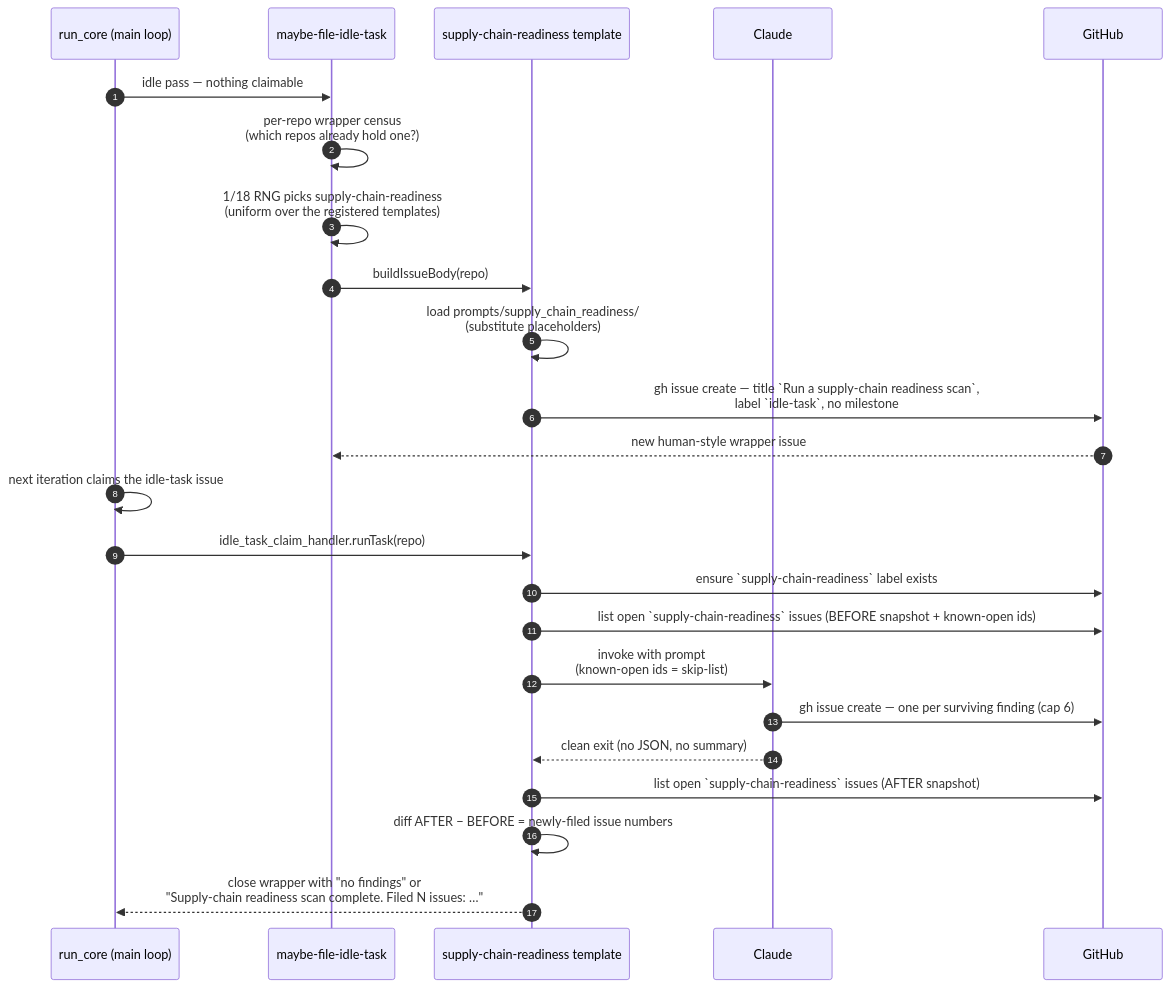
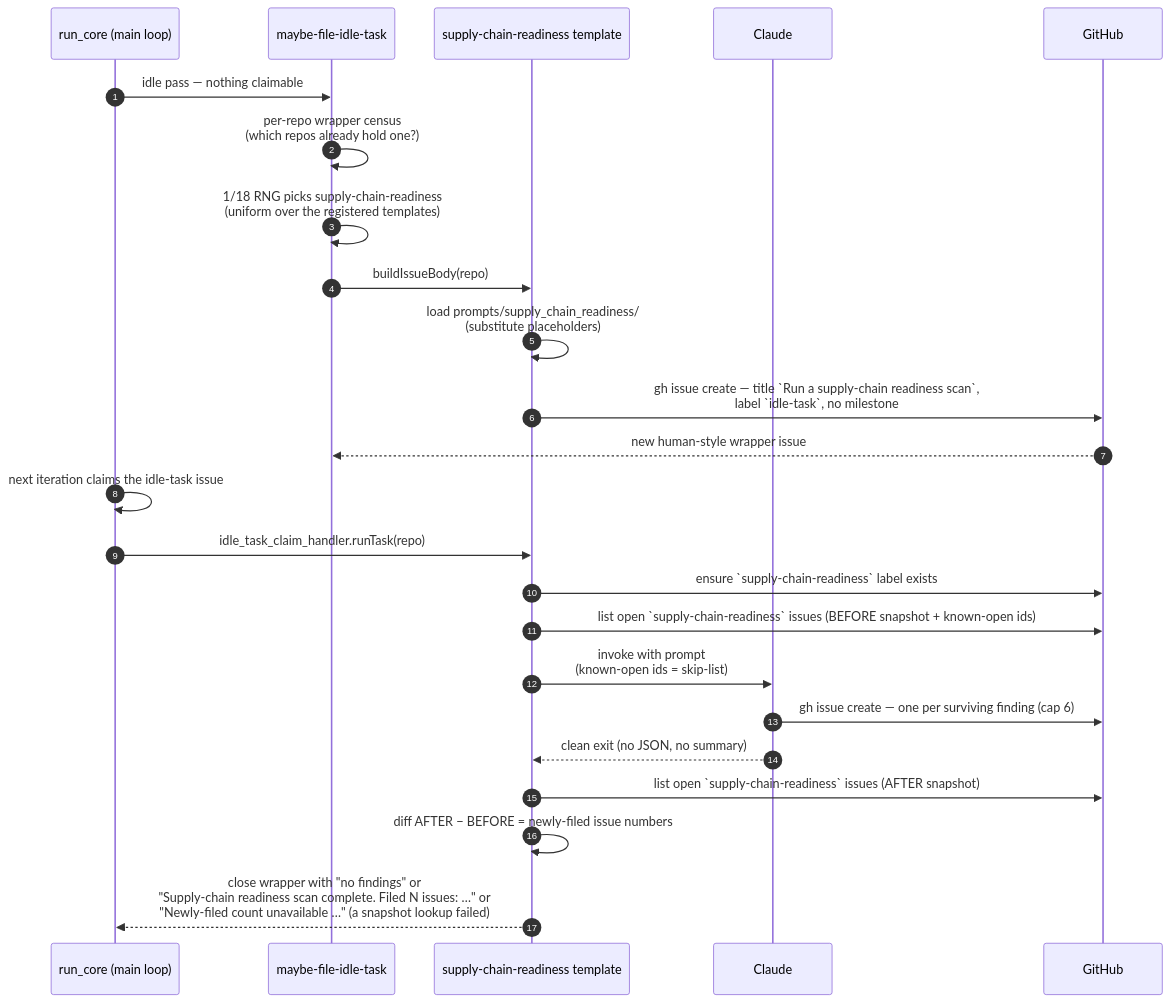
Before and after one commit to stSoftwareAU/VibeCoder: the first of 2 diagrams in docs/SUPPLY-CHAIN-READINESS-SCAN.md, drawn with Mermaid. The commit also changed other lines of this file and 9 other files, not shown here.

````diff
--- a/docs/SUPPLY-CHAIN-READINESS-SCAN.md
+++ b/docs/SUPPLY-CHAIN-READINESS-SCAN.md
@@ -171,27 +171,27 @@
 ```mermaid
 sequenceDiagram
     autonumber
     participant Main as run_core (main loop)
     participant Filer as maybe-file-idle-task
     participant Template as supply-chain-readiness template
     participant Claude
     participant GH as GitHub
 
     Main->>Filer: idle pass — nothing claimable
     Filer->>Filer: per-repo wrapper census<br/>(which repos already hold one?)
     Filer->>Filer: 1/18 RNG picks supply-chain-readiness<br/>(uniform over the registered templates)
     Filer->>Template: buildIssueBody(repo)
     Template->>Template: load prompts/supply_chain_readiness/<br/>(substitute placeholders)
     Template->>GH: gh issue create — title `Run a supply-chain readiness scan`,<br/>label `idle-task`, no milestone
     GH-->>Filer: new human-style wrapper issue
     Main->>Main: next iteration claims the idle-task issue
     Main->>Template: idle_task_claim_handler.runTask(repo)
     Template->>GH: ensure `supply-chain-readiness` label exists
     Template->>GH: list open `supply-chain-readiness` issues (BEFORE snapshot + known-open ids)
     Template->>Claude: invoke with prompt<br/>(known-open ids = skip-list)
     Claude->>GH: gh issue create — one per surviving finding (cap 6)
     Claude-->>Template: clean exit (no JSON, no summary)
     Template->>GH: list open `supply-chain-readiness` issues (AFTER snapshot)
     Template->>Template: diff AFTER − BEFORE = newly-filed issue numbers
-    Template-->>Main: close wrapper with "no findings" or<br/>"Supply-chain readiness scan complete. Filed N issues: …"
+    Template-->>Main: close wrapper with "no findings" or<br/>"Supply-chain readiness scan complete. Filed N issues: …" or<br/>"Newly-filed count unavailable …" (a snapshot lookup failed)
 ```
````
